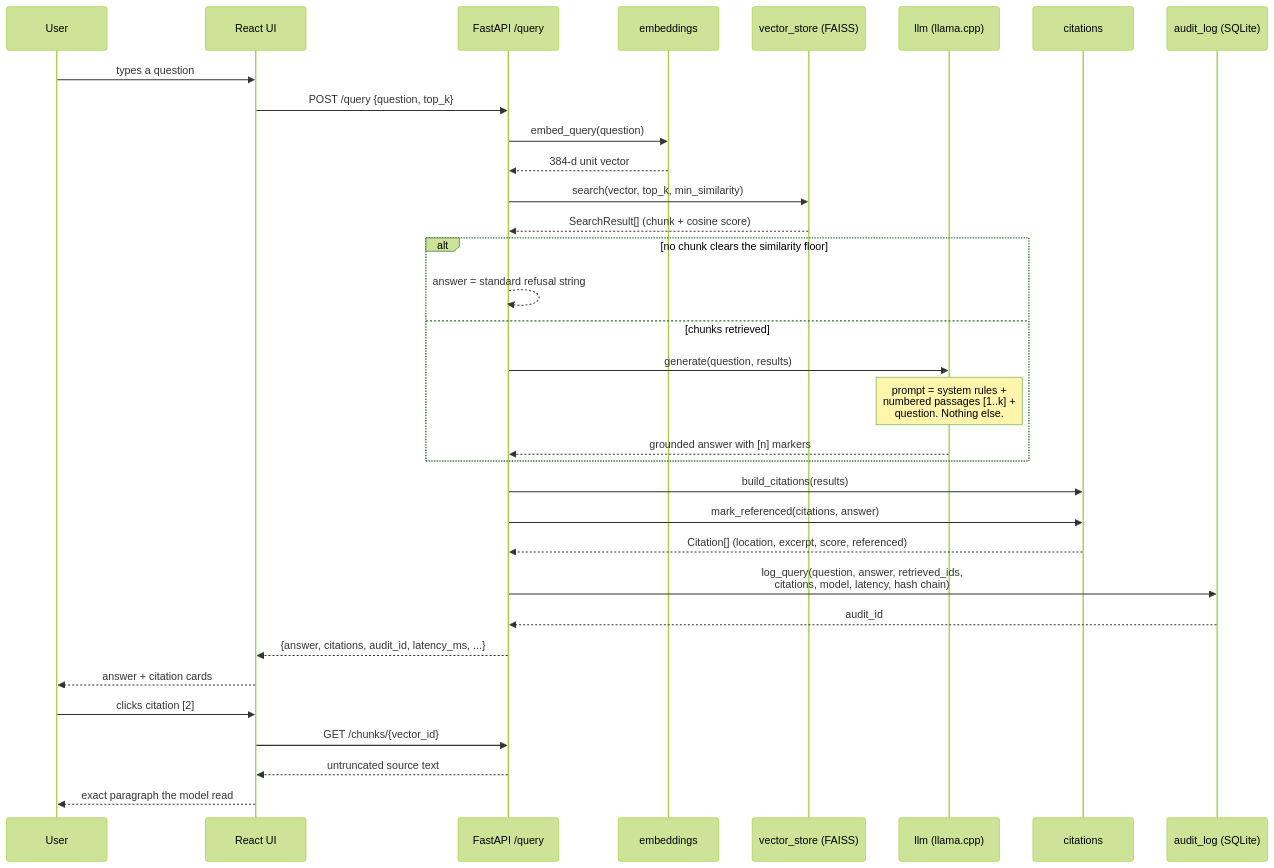
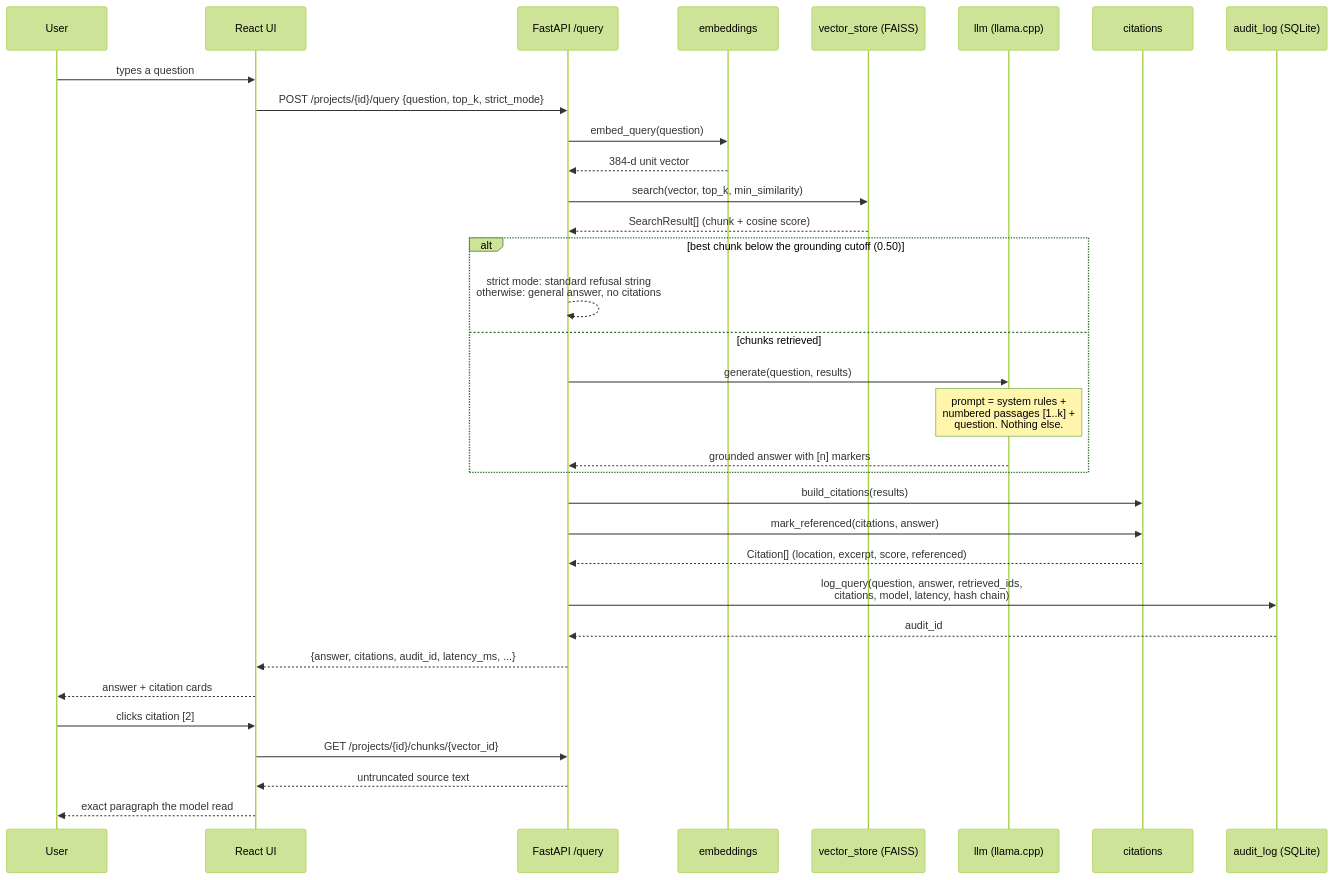
Before and after one commit to Akarshhk/Safe-Insight: the second of 2 diagrams in safe-insight/ARCHITECTURE.md, drawn with Mermaid (forest theme). The commit also changed other lines of this file and 111 other files, not shown here.

````diff
--- a/safe-insight/ARCHITECTURE.md
+++ b/safe-insight/ARCHITECTURE.md
@@ -98,39 +98,39 @@
 ```mermaid
 sequenceDiagram
     participant U as User
     participant R as React UI
     participant F as FastAPI /query
     participant E as embeddings
     participant V as vector_store (FAISS)
     participant L as llm (llama.cpp)
     participant C as citations
     participant A as audit_log (SQLite)
 
     U->>R: types a question
-    R->>F: POST /query {question, top_k}
+    R->>F: POST /projects/{id}/query {question, top_k, strict_mode}
     F->>E: embed_query(question)
     E-->>F: 384-d unit vector
     F->>V: search(vector, top_k, min_similarity)
     V-->>F: SearchResult[] (chunk + cosine score)
 
-    alt no chunk clears the similarity floor
-        F-->>F: answer = standard refusal string
+    alt best chunk below the grounding cutoff (0.50)
+        F-->>F: strict mode: standard refusal string<br/>otherwise: general answer, no citations
     else chunks retrieved
         F->>L: generate(question, results)
         Note over L: prompt = system rules +<br/>numbered passages [1..k] +<br/>question. Nothing else.
         L-->>F: grounded answer with [n] markers
     end
 
     F->>C: build_citations(results)
     F->>C: mark_referenced(citations, answer)
     C-->>F: Citation[] (location, excerpt, score, referenced)
     F->>A: log_query(question, answer, retrieved_ids,<br/>citations, model, latency, hash chain)
     A-->>F: audit_id
     F-->>R: {answer, citations, audit_id, latency_ms, ...}
     R-->>U: answer + citation cards
 
     U->>R: clicks citation [2]
-    R->>F: GET /chunks/{vector_id}
+    R->>F: GET /projects/{id}/chunks/{vector_id}
     F-->>R: untruncated source text
     R-->>U: exact paragraph the model read
 ```
````
